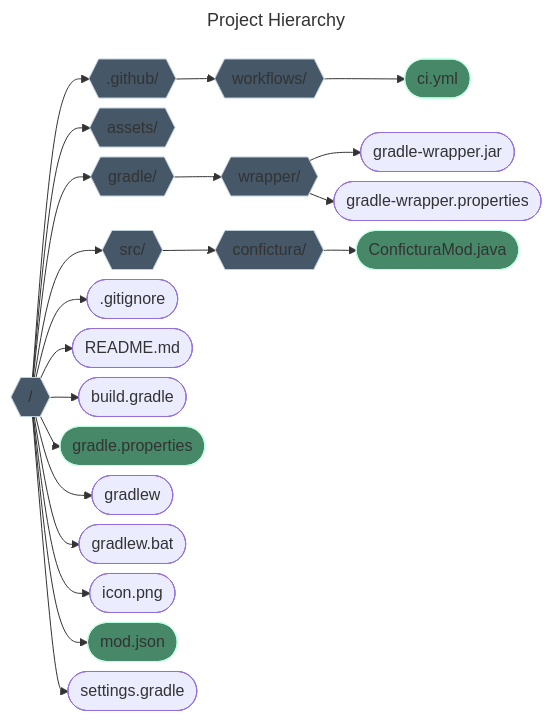
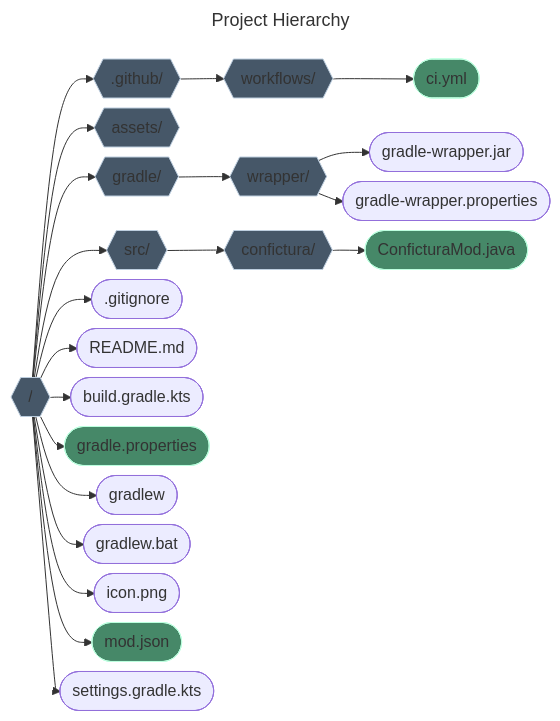
One commit to GlennFolker/MindustryModTemplate changed the first of 2 diagrams in README.md. Above: the diagram before and after it, drawn with Mermaid. The commit also changed other lines of this file, not shown here.

````diff
--- a/README.md
+++ b/README.md
@@ -29,41 +29,41 @@
    ```mermaid
    ---
    title: Project Hierarchy
    ---
    graph LR;
    %%{init:{'flowchart':{'nodeSpacing': 10, 'rankSpacing': 10}}}%%;
    
    classDef folder fill:#465768,stroke:#bdcedf;
    classDef file fill:#468868,stroke:#bdffdf;
 
    root{{"/"}};
    github{{".github/"}};
    workflows{{"workflows/"}};
    assets{{"assets/"}};
    gradle{{"gradle/"}};
    wrapper{{"wrapper/"}};
    src{{"src/"}};
    confictura{{"confictura/"}};
    class root,github,workflows,assets,gradle,wrapper,src,confictura folder;
 
    ci(["ci.yml"]);
    wrapper-jar(["gradle-wrapper.jar"]);
    wrapper-prop(["gradle-wrapper.properties"]);
    main(["ConficturaMod.java"]);
    ignore([".gitignore"]);
    readme(["README.md"]);
-   build(["build.gradle"]);
+   build(["build.gradle.kts"]);
    prop(["gradle.properties"]);
    wrapper-unix(["gradlew"]);
    wrapper-windows(["gradlew.bat"]);
    icon(["icon.png"]);
    meta(["mod.json"]);
-   settings(["settings.gradle"]);
+   settings(["settings.gradle.kts"]);
    class ci,main,prop,meta file;
 
    root-->github-->workflows-->ci;
    root-->assets;
    root-->gradle-->wrapper-->wrapper-jar & wrapper-prop;
    root-->src-->confictura-->main;
    root-->ignore & readme & build & prop & wrapper-unix & wrapper-windows & icon & meta & settings;
    ```
````
